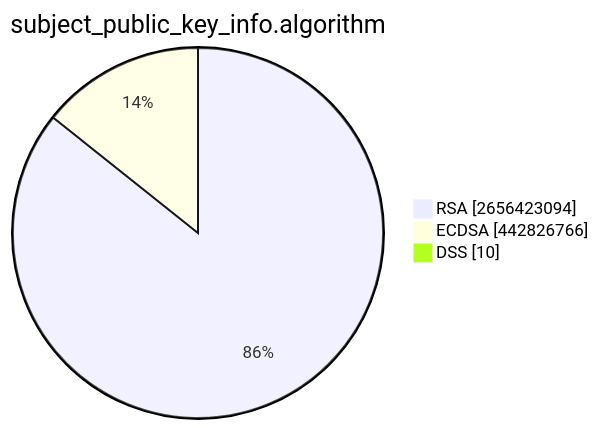
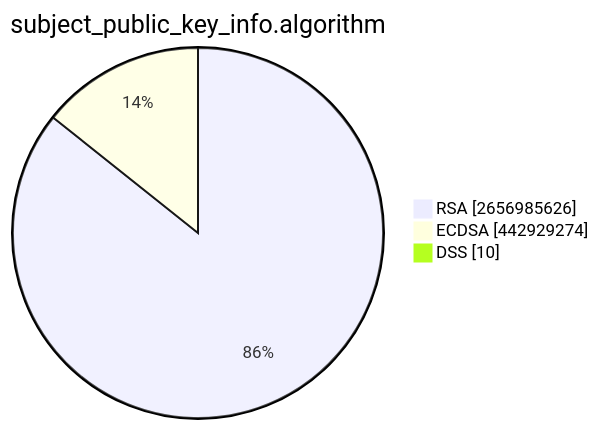
One commit to christiankrug/ctmonitor_visualization changed the second of 15 diagrams in TOTAL/README.md. Above: the diagram before and after it, drawn with Mermaid. The commit also changed other lines of this file, not shown here.

````diff
--- a/TOTAL/README.md
+++ b/TOTAL/README.md
@@ -6,7 +6,7 @@
 ```mermaid
 pie showData
 title subject_public_key_info.algorithm
-"RSA" :2656423094
-"ECDSA" :442826766
+"RSA" :2656985626
+"ECDSA" :442929274
 "DSS" :10
 ```
````
